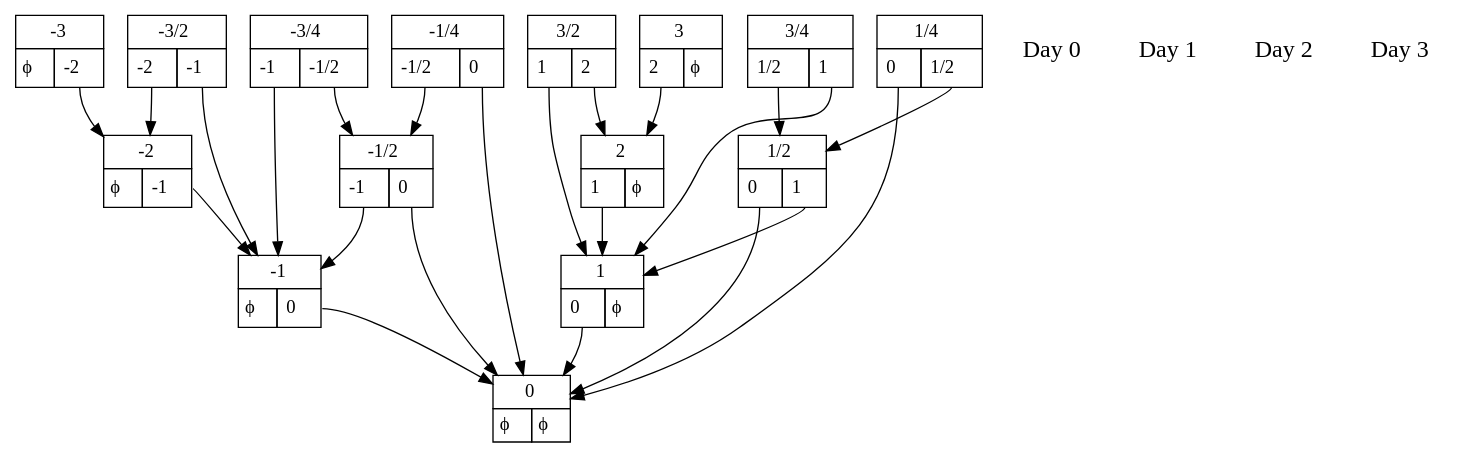
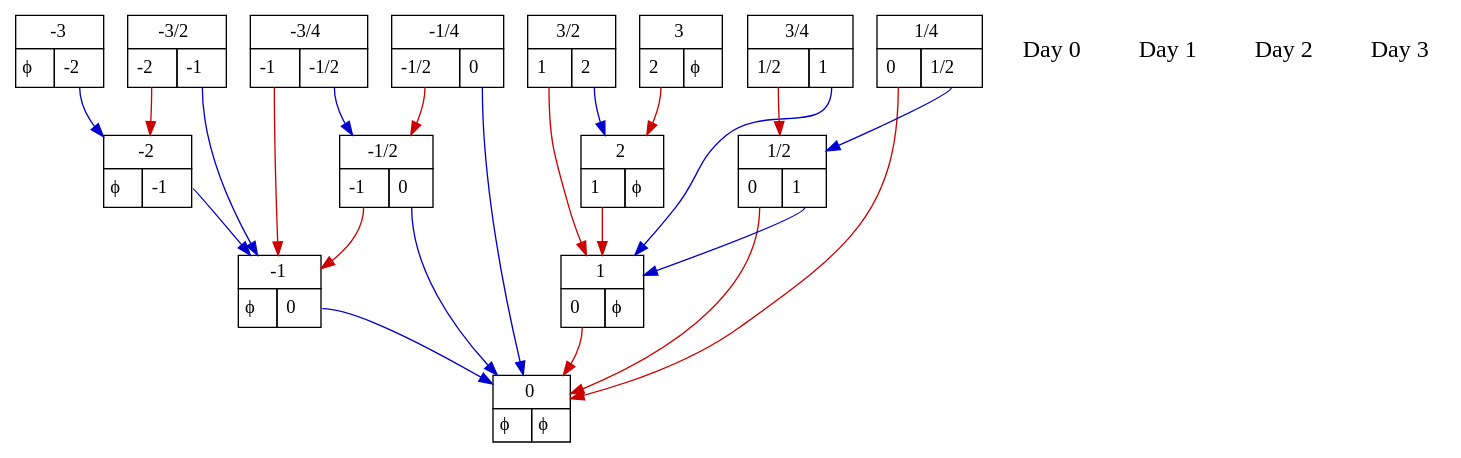
One commit to mroughan/SurrealNumbers.jl changed the diagram in examples/Data/dyadic_tree_3.dot. Above: the diagram before and after it, drawn with Graphviz. The commit also changed 42 other files, not shown here.

```diff
--- a/examples/Data/dyadic_tree_3.dot
+++ b/examples/Data/dyadic_tree_3.dot
@@ -1,118 +1,118 @@
 digraph dyadic_tree {
    node_0 [shape=none,margin=0,label=
          <<TABLE BORDER="0" CELLBORDER="1" CELLSPACING="0" CELLPADDING="4">
          <TR><TD COLSPAN="2">0</TD></TR>
          <TR><TD PORT="L"> ϕ </TD><TD PORT="R"> ϕ </TD></TR>
          </TABLE>>,pos="0,0!"
          ];
 node_day_0 [shape=none, pos="7.875,0!", label="Day 0", fontsize=18]
 node_day_1 [shape=none, pos="7.875,1!", label="Day 1", fontsize=18]
    node_1 [shape=none,margin=0,label=
          <<TABLE BORDER="0" CELLBORDER="1" CELLSPACING="0" CELLPADDING="4">
          <TR><TD COLSPAN="2">-1</TD></TR>
          <TR><TD PORT="L"> ϕ </TD><TD PORT="R"> <TABLE BORDER="0" CELLBORDER="0" CELLPADDING="0"><TR><TD PORT="0,1"> 0 </TD> &nbsp; </TR></TABLE> </TD></TR>
          </TABLE>>,pos="-2.25,1!"
          ];
-   node_1:R -> node_0;
+   node_1:R -> node_0 [color="blue3"];
    node_2 [shape=none,margin=0,label=
          <<TABLE BORDER="0" CELLBORDER="1" CELLSPACING="0" CELLPADDING="4">
          <TR><TD COLSPAN="2">1</TD></TR>
          <TR><TD PORT="L"> <TABLE BORDER="0" CELLBORDER="0" CELLPADDING="0"><TR><TD PORT="0,1"> 0 </TD> &nbsp; </TR></TABLE> </TD><TD PORT="R"> ϕ </TD></TR>
          </TABLE>>,pos="2.25,1!"
          ];
-   node_2:L -> node_0;
+   node_2:L -> node_0 [color="red3"];
 node_day_2 [shape=none, pos="7.875,2!", label="Day 2", fontsize=18]
    node_3 [shape=none,margin=0,label=
          <<TABLE BORDER="0" CELLBORDER="1" CELLSPACING="0" CELLPADDING="4">
          <TR><TD COLSPAN="2">-2</TD></TR>
          <TR><TD PORT="L"> ϕ </TD><TD PORT="R"> <TABLE BORDER="0" CELLBORDER="0" CELLPADDING="0"><TR><TD PORT="-1,1"> -1 </TD> &nbsp; </TR></TABLE> </TD></TR>
          </TABLE>>,pos="-4.5,2!"
          ];
-   node_3:R -> node_1;
+   node_3:R -> node_1 [color="blue3"];
    node_4 [shape=none,margin=0,label=
          <<TABLE BORDER="0" CELLBORDER="1" CELLSPACING="0" CELLPADDING="4">
          <TR><TD COLSPAN="2">2</TD></TR>
          <TR><TD PORT="L"> <TABLE BORDER="0" CELLBORDER="0" CELLPADDING="0"><TR><TD PORT="1,1"> 1 </TD> &nbsp; </TR></TABLE> </TD><TD PORT="R"> ϕ </TD></TR>
          </TABLE>>,pos="4.5,2!"
          ];
-   node_4:L -> node_2;
+   node_4:L -> node_2 [color="red3"];
    node_5 [shape=none,margin=0,label=
          <<TABLE BORDER="0" CELLBORDER="1" CELLSPACING="0" CELLPADDING="4">
          <TR><TD COLSPAN="2">1/2</TD></TR>
          <TR><TD PORT="L"> <TABLE BORDER="0" CELLBORDER="0" CELLPADDING="0"><TR><TD PORT="0,1"> 0 </TD> &nbsp; </TR></TABLE> </TD><TD PORT="R"> <TABLE BORDER="0" CELLBORDER="0" CELLPADDING="0"><TR><TD PORT="1,1"> 1 </TD> &nbsp; </TR></TABLE> </TD></TR>
          </TABLE>>,pos="1.125,2!"
          ];
-   node_5:L -> node_0;
-   node_5:R -> node_2;
+   node_5:L -> node_0 [color="red3"];
+   node_5:R -> node_2 [color="blue3"];
    node_6 [shape=none,margin=0,label=
          <<TABLE BORDER="0" CELLBORDER="1" CELLSPACING="0" CELLPADDING="4">
          <TR><TD COLSPAN="2">-1/2</TD></TR>
          <TR><TD PORT="L"> <TABLE BORDER="0" CELLBORDER="0" CELLPADDING="0"><TR><TD PORT="-1,1"> -1 </TD> &nbsp; </TR></TABLE> </TD><TD PORT="R"> <TABLE BORDER="0" CELLBORDER="0" CELLPADDING="0"><TR><TD PORT="0,1"> 0 </TD> &nbsp; </TR></TABLE> </TD></TR>
          </TABLE>>,pos="-1.125,2!"
          ];
-   node_6:L -> node_1;
-   node_6:R -> node_0;
+   node_6:L -> node_1 [color="red3"];
+   node_6:R -> node_0 [color="blue3"];
 node_day_3 [shape=none, pos="7.875,3!", label="Day 3", fontsize=18]
    node_7 [shape=none,margin=0,label=
          <<TABLE BORDER="0" CELLBORDER="1" CELLSPACING="0" CELLPADDING="4">
          <TR><TD COLSPAN="2">-3</TD></TR>
          <TR><TD PORT="L"> ϕ </TD><TD PORT="R"> <TABLE BORDER="0" CELLBORDER="0" CELLPADDING="0"><TR><TD PORT="-2,1"> -2 </TD> &nbsp; </TR></TABLE> </TD></TR>
          </TABLE>>,pos="-6.75,3!"
          ];
-   node_7:R -> node_3;
+   node_7:R -> node_3 [color="blue3"];
    node_8 [shape=none,margin=0,label=
          <<TABLE BORDER="0" CELLBORDER="1" CELLSPACING="0" CELLPADDING="4">
          <TR><TD COLSPAN="2">3</TD></TR>
          <TR><TD PORT="L"> <TABLE BORDER="0" CELLBORDER="0" CELLPADDING="0"><TR><TD PORT="2,1"> 2 </TD> &nbsp; </TR></TABLE> </TD><TD PORT="R"> ϕ </TD></TR>
          </TABLE>>,pos="6.75,3!"
          ];
-   node_8:L -> node_4;
+   node_8:L -> node_4 [color="red3"];
    node_9 [shape=none,margin=0,label=
          <<TABLE BORDER="0" CELLBORDER="1" CELLSPACING="0" CELLPADDING="4">
          <TR><TD COLSPAN="2">1/4</TD></TR>
          <TR><TD PORT="L"> <TABLE BORDER="0" CELLBORDER="0" CELLPADDING="0"><TR><TD PORT="0,1"> 0 </TD> &nbsp; </TR></TABLE> </TD><TD PORT="R"> <TABLE BORDER="0" CELLBORDER="0" CELLPADDING="0"><TR><TD PORT="1/2,1"> 1/2 </TD> &nbsp; </TR></TABLE> </TD></TR>
          </TABLE>>,pos="0.5625,3!"
          ];
-   node_9:L -> node_0;
-   node_9:R -> node_5;
+   node_9:L -> node_0 [color="red3"];
+   node_9:R -> node_5 [color="blue3"];
    node_10 [shape=none,margin=0,label=
          <<TABLE BORDER="0" CELLBORDER="1" CELLSPACING="0" CELLPADDING="4">
          <TR><TD COLSPAN="2">-1/4</TD></TR>
          <TR><TD PORT="L"> <TABLE BORDER="0" CELLBORDER="0" CELLPADDING="0"><TR><TD PORT="-1/2,1"> -1/2 </TD> &nbsp; </TR></TABLE> </TD><TD PORT="R"> <TABLE BORDER="0" CELLBORDER="0" CELLPADDING="0"><TR><TD PORT="0,1"> 0 </TD> &nbsp; </TR></TABLE> </TD></TR>
          </TABLE>>,pos="-0.5625,3!"
          ];
-   node_10:L -> node_6;
-   node_10:R -> node_0;
+   node_10:L -> node_6 [color="red3"];
+   node_10:R -> node_0 [color="blue3"];
    node_11 [shape=none,margin=0,label=
          <<TABLE BORDER="0" CELLBORDER="1" CELLSPACING="0" CELLPADDING="4">
          <TR><TD COLSPAN="2">3/4</TD></TR>
          <TR><TD PORT="L"> <TABLE BORDER="0" CELLBORDER="0" CELLPADDING="0"><TR><TD PORT="1/2,1"> 1/2 </TD> &nbsp; </TR></TABLE> </TD><TD PORT="R"> <TABLE BORDER="0" CELLBORDER="0" CELLPADDING="0"><TR><TD PORT="1,1"> 1 </TD> &nbsp; </TR></TABLE> </TD></TR>
          </TABLE>>,pos="1.6875,3!"
          ];
-   node_11:L -> node_5;
-   node_11:R -> node_2;
+   node_11:L -> node_5 [color="red3"];
+   node_11:R -> node_2 [color="blue3"];
    node_12 [shape=none,margin=0,label=
          <<TABLE BORDER="0" CELLBORDER="1" CELLSPACING="0" CELLPADDING="4">
          <TR><TD COLSPAN="2">-3/4</TD></TR>
          <TR><TD PORT="L"> <TABLE BORDER="0" CELLBORDER="0" CELLPADDING="0"><TR><TD PORT="-1,1"> -1 </TD> &nbsp; </TR></TABLE> </TD><TD PORT="R"> <TABLE BORDER="0" CELLBORDER="0" CELLPADDING="0"><TR><TD PORT="-1/2,1"> -1/2 </TD> &nbsp; </TR></TABLE> </TD></TR>
          </TABLE>>,pos="-1.6875,3!"
          ];
-   node_12:L -> node_1;
-   node_12:R -> node_6;
+   node_12:L -> node_1 [color="red3"];
+   node_12:R -> node_6 [color="blue3"];
    node_13 [shape=none,margin=0,label=
          <<TABLE BORDER="0" CELLBORDER="1" CELLSPACING="0" CELLPADDING="4">
          <TR><TD COLSPAN="2">3/2</TD></TR>
          <TR><TD PORT="L"> <TABLE BORDER="0" CELLBORDER="0" CELLPADDING="0"><TR><TD PORT="1,1"> 1 </TD> &nbsp; </TR></TABLE> </TD><TD PORT="R"> <TABLE BORDER="0" CELLBORDER="0" CELLPADDING="0"><TR><TD PORT="2,1"> 2 </TD> &nbsp; </TR></TABLE> </TD></TR>
          </TABLE>>,pos="3.375,3!"
          ];
-   node_13:L -> node_2;
-   node_13:R -> node_4;
+   node_13:L -> node_2 [color="red3"];
+   node_13:R -> node_4 [color="blue3"];
    node_14 [shape=none,margin=0,label=
          <<TABLE BORDER="0" CELLBORDER="1" CELLSPACING="0" CELLPADDING="4">
          <TR><TD COLSPAN="2">-3/2</TD></TR>
          <TR><TD PORT="L"> <TABLE BORDER="0" CELLBORDER="0" CELLPADDING="0"><TR><TD PORT="-2,1"> -2 </TD> &nbsp; </TR></TABLE> </TD><TD PORT="R"> <TABLE BORDER="0" CELLBORDER="0" CELLPADDING="0"><TR><TD PORT="-1,1"> -1 </TD> &nbsp; </TR></TABLE> </TD></TR>
          </TABLE>>,pos="-3.375,3!"
          ];
-   node_14:L -> node_3;
-   node_14:R -> node_1;
+   node_14:L -> node_3 [color="red3"];
+   node_14:R -> node_1 [color="blue3"];
 }
```
